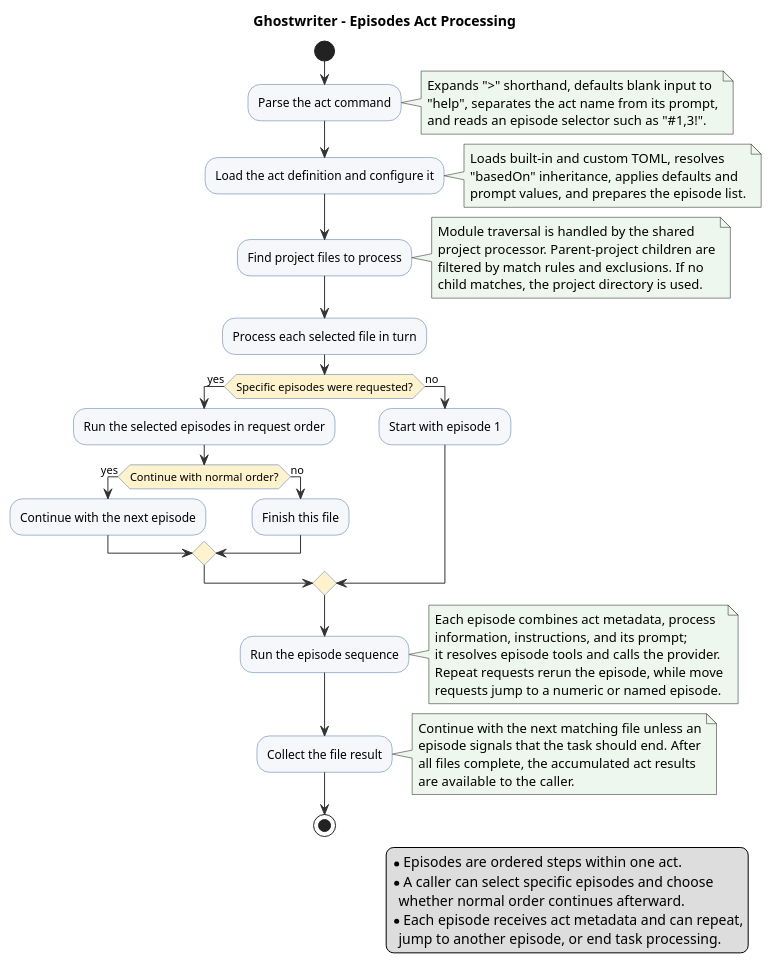
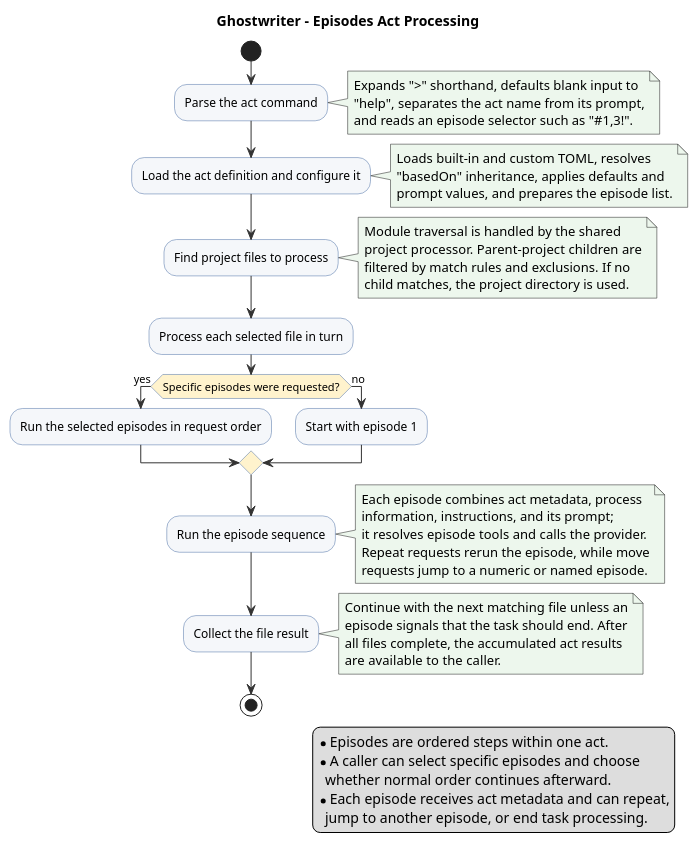
The diagram in src/site/puml/episodes-act-processing.puml (machanism-org/ghostwriter), drawn with PlantUML before and after one commit. The commit also changed 8 other files, not shown here.

```diff
--- a/src/site/puml/episodes-act-processing.puml
+++ b/src/site/puml/episodes-act-processing.puml
@@ -1,79 +1,74 @@
 @startuml
 ' @guidance:
 ' Create or update the PlantUML diagram describing the Episodes Act processing flow.
 ' Keep this diagram simple: a short linear flow with minimal partitions,
 ' one decision point, and explanatory notes instead of nested detail.
 
 
 title Ghostwriter - Episodes Act Processing
 
 skinparam ArrowColor #333333
 skinparam ActivityBackgroundColor #F5F7FA
 skinparam ActivityBorderColor #4A6FA5
 skinparam ActivityDiamondBackgroundColor #FFF3CD
 skinparam NoteBackgroundColor #EDF7ED
 
 start
 
 :Parse the act command;
 note right
   Expands ">" shorthand, defaults blank input to
   "help", separates the act name from its prompt,
   and reads an episode selector such as "#1,3!".
 end note
 
 :Load the act definition and configure it;
 note right
   Loads built-in and custom TOML, resolves
   "basedOn" inheritance, applies defaults and
   prompt values, and prepares the episode list.
 end note
 
 :Find project files to process;
 note right
   Module traversal is handled by the shared
   project processor. Parent-project children are
   filtered by match rules and exclusions. If no
   child matches, the project directory is used.
 end note
 
 :Process each selected file in turn;
 
 if (Specific episodes were requested?) then (yes)
   :Run the selected episodes in request order;
-  if (Continue with normal order?) then (yes)
-    :Continue with the next episode;
-  else (no)
-    :Finish this file;
-  endif
 else (no)
   :Start with episode 1;
 endif
 
 :Run the episode sequence;
 note right
   Each episode combines act metadata, process
   information, instructions, and its prompt;
   it resolves episode tools and calls the provider.
   Repeat requests rerun the episode, while move
   requests jump to a numeric or named episode.
 end note
 
 :Collect the file result;
 note right
   Continue with the next matching file unless an
   episode signals that the task should end. After
   all files complete, the accumulated act results
   are available to the caller.
 end note
 
 stop
 
 legend right
   * Episodes are ordered steps within one act.
   * A caller can select specific episodes and choose
     whether normal order continues afterward.
   * Each episode receives act metadata and can repeat,
     jump to another episode, or end task processing.
 endlegend
 @enduml
```
